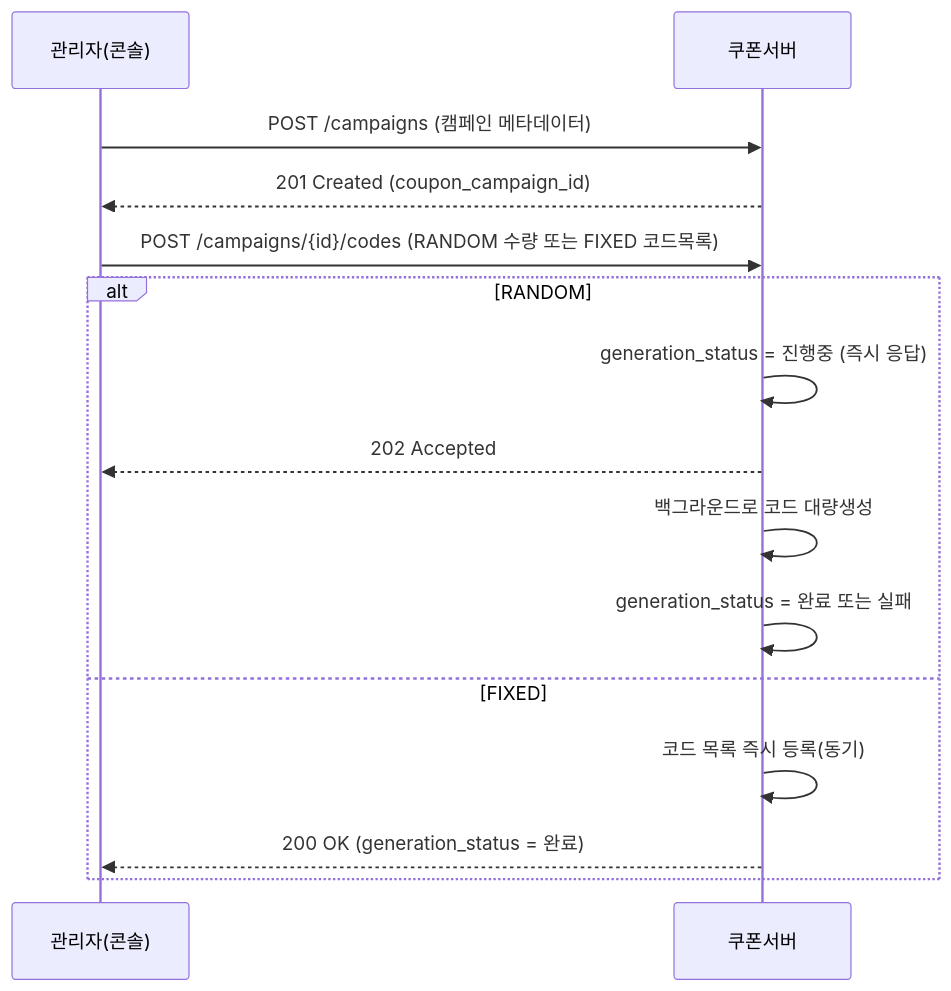
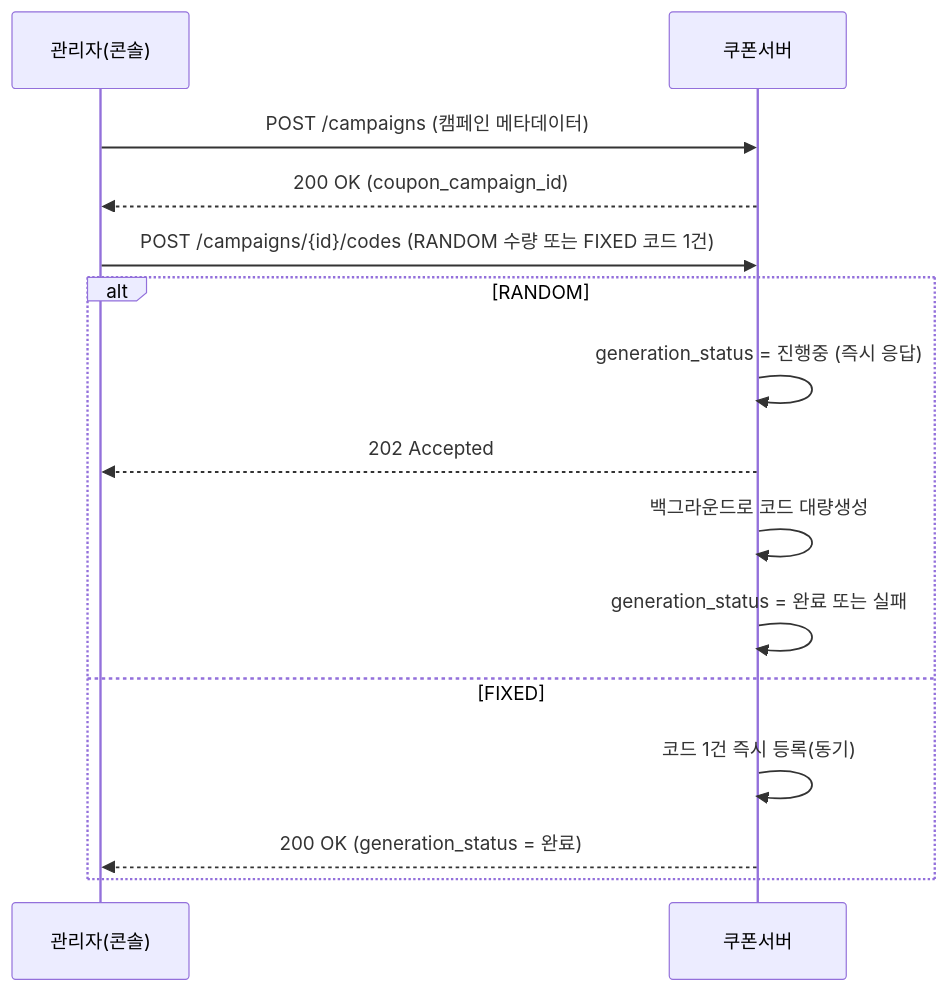
One commit to trisakion0500/coupon_platform changed the first of 2 diagrams in docs/04_COUPON_ISSUANCE_SCENARIO.md. Above: the diagram before and after it, drawn with Mermaid. The commit also changed other lines of this file and 3 other files, not shown here.

````diff
--- a/docs/04_COUPON_ISSUANCE_SCENARIO.md
+++ b/docs/04_COUPON_ISSUANCE_SCENARIO.md
@@ -37,19 +39,19 @@
 ```mermaid
 sequenceDiagram
     participant A as 관리자(콘솔)
     participant S as 쿠폰서버
 
     A->>S: POST /campaigns (캠페인 메타데이터)
-    S-->>A: 201 Created (coupon_campaign_id)
-    A->>S: POST /campaigns/{id}/codes (RANDOM 수량 또는 FIXED 코드목록)
+    S-->>A: 200 OK (coupon_campaign_id)
+    A->>S: POST /campaigns/{id}/codes (RANDOM 수량 또는 FIXED 코드 1건)
 
     alt RANDOM
         S->>S: generation_status = 진행중 (즉시 응답)
         S-->>A: 202 Accepted
         S->>S: 백그라운드로 코드 대량생성
         S->>S: generation_status = 완료 또는 실패
     else FIXED
-        S->>S: 코드 목록 즉시 등록(동기)
+        S->>S: 코드 1건 즉시 등록(동기)
         S-->>A: 200 OK (generation_status = 완료)
     end
 ```
````
